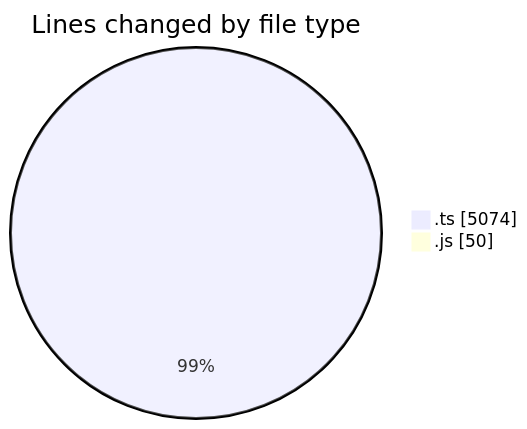
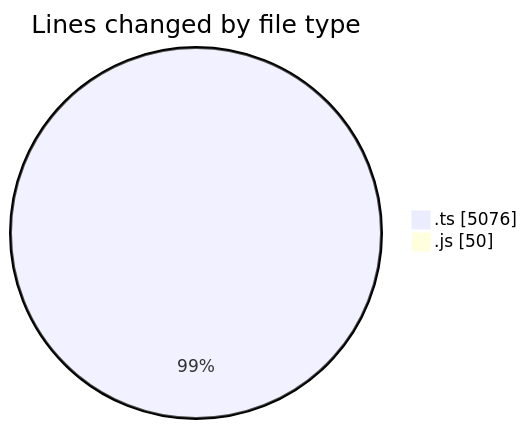
The first of 2 diagrams in 2026-02-04/singularitybrainai/README.md (tmsrecording-cyber/code-tracking), drawn with Mermaid before and after one commit. The commit also changed other lines of this file and 1 other file, not shown here.

````diff
--- a/2026-02-04/singularitybrainai/README.md
+++ b/2026-02-04/singularitybrainai/README.md
@@ -26,6 +26,6 @@
 ```mermaid
 pie showData
 title Lines changed by file type
-".ts" : 5074
+".ts" : 5076
 ".js" : 50
 ```
````
